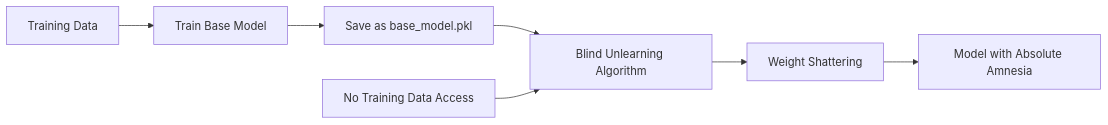
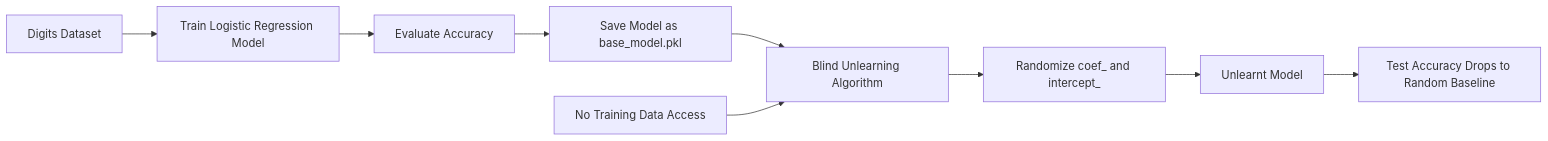
The first of 5 diagrams in Model Amnesia (Machine Unlearning)/READme.md (cyberdpopsicle-dev/Machine-Learning-Models-), drawn with Mermaid before and after one commit. The commit also changed other lines of this file, not shown here.

````diff
--- a/Model Amnesia (Machine Unlearning)/READme.md
+++ b/Model Amnesia (Machine Unlearning)/READme.md
@@ -7,11 +9,13 @@
 ```mermaid
 flowchart LR
-    A[Training Data] --> B[Train Base Model]
-    B --> C[Save as base_model.pkl]
+    A[Digits Dataset] --> B[Train Logistic Regression Model]
+    B --> C[Evaluate Accuracy]
+    C --> D[Save Model as base_model.pkl]
 
-    C --> D[Blind Unlearning Algorithm]
-    E[No Training Data Access] --> D
+    D --> E[Blind Unlearning Algorithm]
+    F[No Training Data Access] --> E
 
-    D --> F[Weight Shattering]
-    F --> G[Model with Absolute Amnesia]
+    E --> G[Randomize coef_ and intercept_]
+    G --> H[Unlearnt Model]
+    H --> I[Test Accuracy Drops to Random Baseline]
 ```
````
